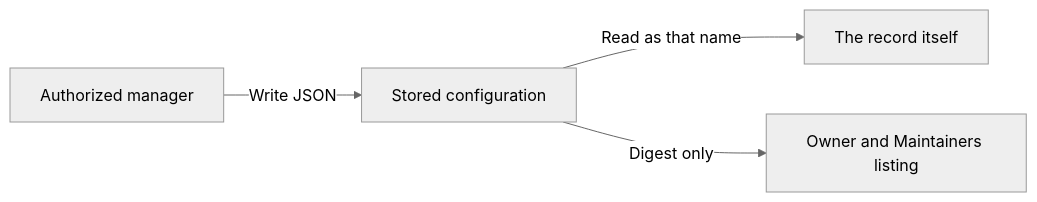
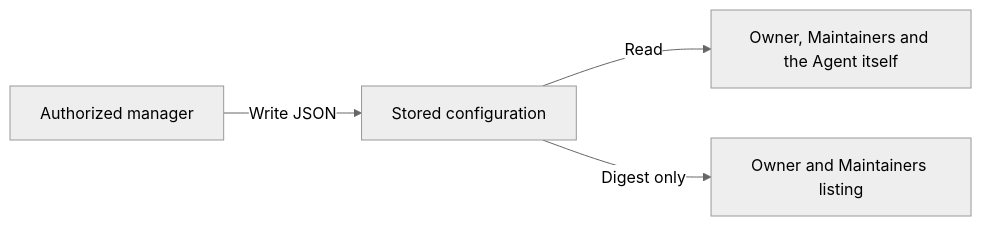
The diagram in docs/03-records-agent.md (parf/ai-agent-bus), drawn with Mermaid (neutral theme) before and after one commit. The commit also changed other lines of this file and 68 other files, not shown here.

````diff
--- a/docs/03-records-agent.md
+++ b/docs/03-records-agent.md
@@ -154,6 +171,6 @@
 ```mermaid
 flowchart LR
     Writer[Authorized manager] -->|Write JSON| Store[Stored configuration]
-    Store -->|Read as that name| Record[The record itself]
+    Store -->|Read| Record[Owner, Maintainers and the Agent itself]
     Store -->|Digest only| Listing[Owner and Maintainers listing]
 ```
````
